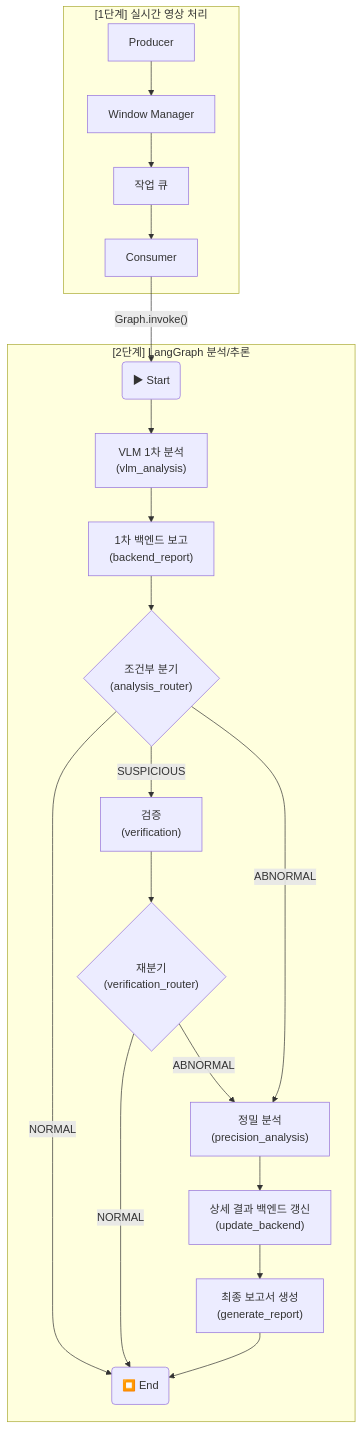
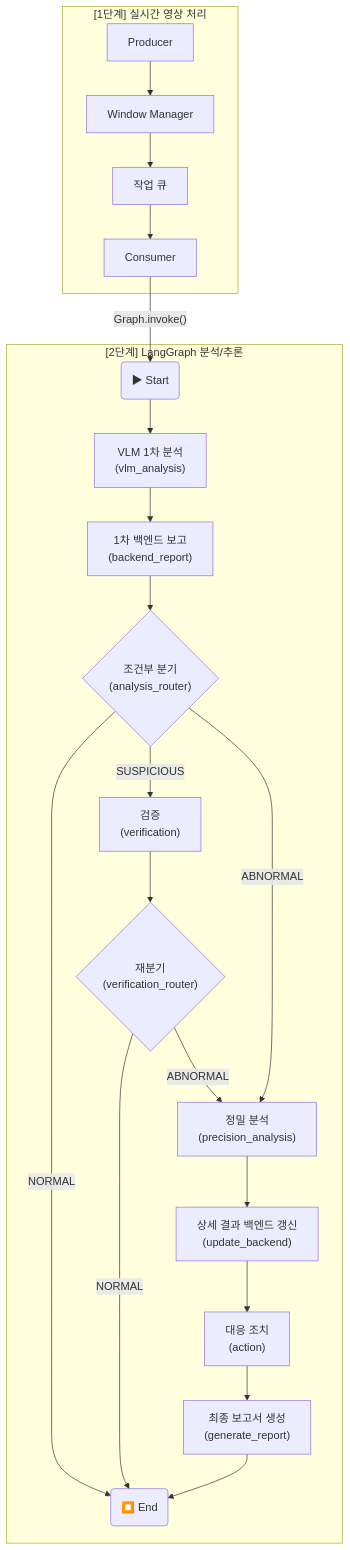
One commit to AIX-01/aegis-ai-agent changed the first of 2 diagrams in src/Agent_Workflow.md. Above: the diagram before and after it, drawn with Mermaid. The commit also changed other lines of this file and 8 other files, not shown here.

````diff
--- a/src/Agent_Workflow.md
+++ b/src/Agent_Workflow.md
@@ -109,27 +109,28 @@
 ```mermaid
 graph TD
     subgraph RealTime["[1단계] 실시간 영상 처리"]
         P["Producer"] --> W["Window Manager"]
         W --> Q["작업 큐"]
         Q --> C["Consumer"]
     end
 
     subgraph LangGraph["[2단계] LangGraph 분석/추론"]
         C --> |"Graph.invoke()"| Start(▶ Start)
         Start --> N1["VLM 1차 분석<br>(vlm_analysis)"]
         N1 --> N2["1차 백엔드 보고<br>(backend_report)"]
         N2 --> Router{"조건부 분기<br>(analysis_router)"}
         
         Router -- "NORMAL" --> End(⏹️ End)
         Router -- "SUSPICIOUS" --> N_Verify["검증<br>(verification)"]
         Router -- "ABNORMAL" --> N_Precise["정밀 분석<br>(precision_analysis)"]
 
         N_Verify --> Router2{"재분기<br>(verification_router)"}
         Router2 -- "NORMAL" --> End
         Router2 -- "ABNORMAL" --> N_Precise
 
         N_Precise --> N_Update["상세 결과 백엔드 갱신<br>(update_backend)"]
-        N_Update --> N7["최종 보고서 생성<br>(generate_report)"]
+        N_Update --> N_Action["대응 조치<br>(action)"]
+        N_Action --> N7["최종 보고서 생성<br>(generate_report)"]
         N7 --> End
     end
 ```
````
